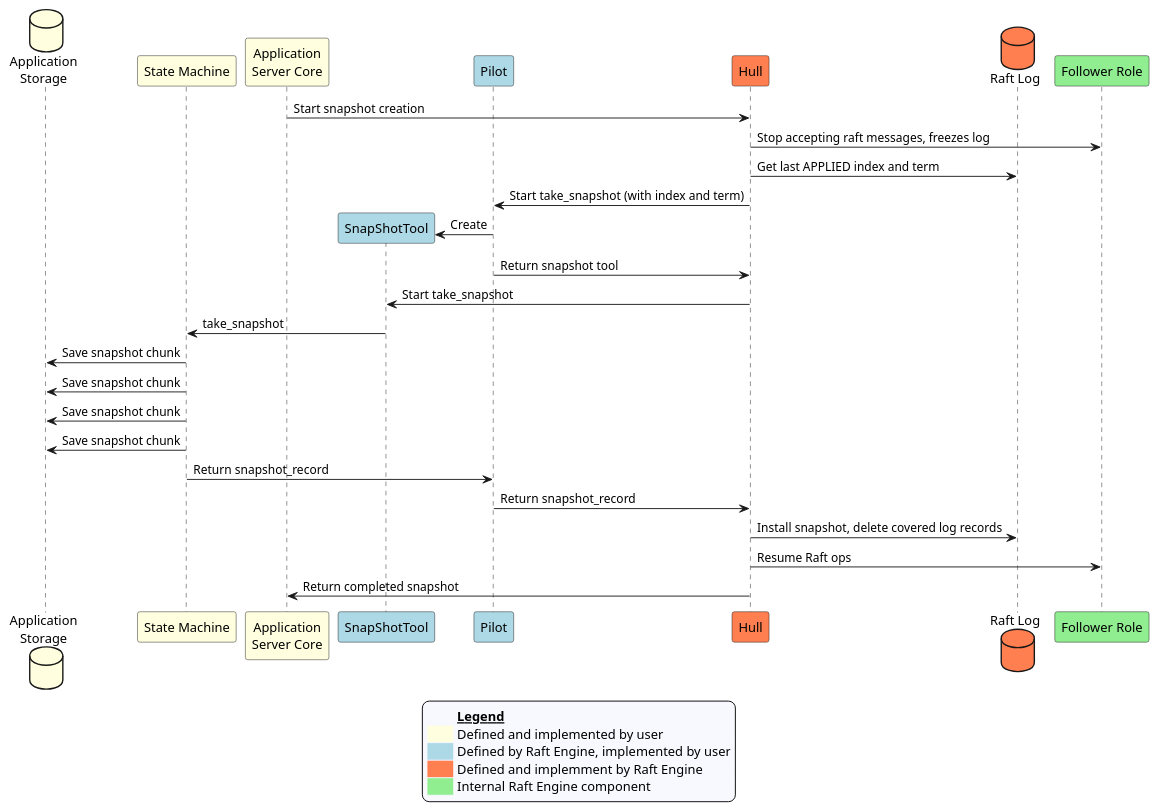
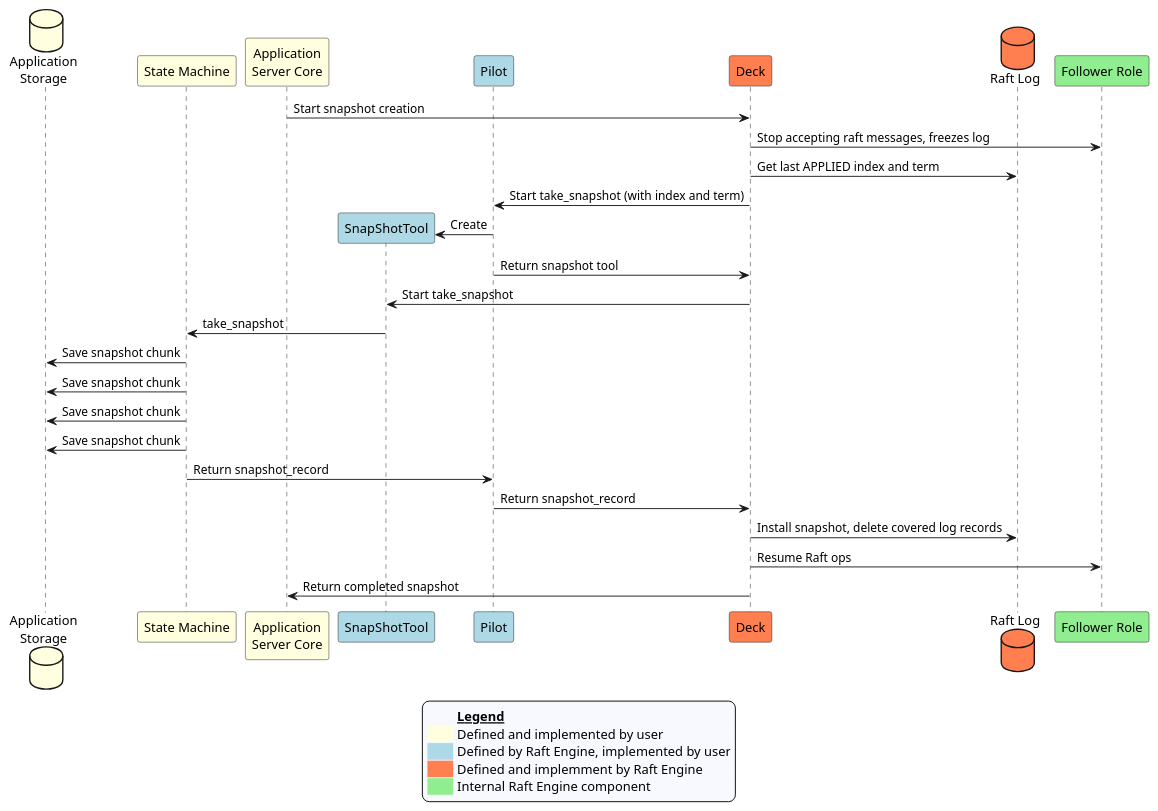
Before and after one commit to dlparker/raftengine: the diagram in docs/source/_static/diagrams/take_snapshot.puml, drawn with PlantUML. The commit also changed 43 other files, not shown here.

Commit message:
renamed HullAPI and all references to it to DeckAPI

```diff
--- a/docs/source/_static/diagrams/take_snapshot.puml
+++ b/docs/source/_static/diagrams/take_snapshot.puml
@@ -1,40 +1,40 @@
 @startuml
 skinparam legend {
   backgroundColor #GhostWhite
   entrySeparator #GhostWhite
 }
 
 participant "Application\nServer Core" as app_core order 30 #Lightyellow
 participant "State Machine" as app_state order 20 #Lightyellow 
 database "Application\nStorage" as app_db order 10 #Lightyellow
 participant Pilot as pilot order 40 #Lightblue
-participant Hull as hull order 50 #Coral
+participant Deck as deck order 50 #Coral
 database "Raft Log" as log order 60 #Coral
 participant "Follower Role" as role order 70 #Lightgreen
-app_core->hull: Start snapshot creation
-hull->role: Stop accepting raft messages, freezes log
-hull->log: Get last APPLIED index and term
-hull->pilot: Start take_snapshot (with index and term)
+app_core->deck: Start snapshot creation
+deck->role: Stop accepting raft messages, freezes log
+deck->log: Get last APPLIED index and term
+deck->pilot: Start take_snapshot (with index and term)
 create participant "SnapShotTool" as tool order 35 #Lightblue
 pilot->tool: Create 
-pilot->hull: Return snapshot tool
-hull->tool: Start take_snapshot
+pilot->deck: Return snapshot tool
+deck->tool: Start take_snapshot
 tool->app_state: take_snapshot
 app_state->app_db: Save snapshot chunk
 app_state->app_db: Save snapshot chunk
 app_state->app_db: Save snapshot chunk
 app_state->app_db: Save snapshot chunk
 app_state->pilot: Return snapshot_record
-pilot->hull: Return snapshot_record
-hull->log: Install snapshot, delete covered log records
-hull->role: Resume Raft ops
-hull->app_core: Return completed snapshot
+pilot->deck: Return snapshot_record
+deck->log: Install snapshot, delete covered log records
+deck->role: Resume Raft ops
+deck->app_core: Return completed snapshot
 
 legend 
   <#GhostWhite,#GhostWhite>|        |= __Legend__ |
   |<#Lightyellow>   | Defined and implemented by user|
   |<#Lightblue>  | Defined by Raft Engine, implemented by user|
   |<#Coral>  | Defined and implemment by Raft Engine|
   |<#Lightgreen> | Internal Raft Engine component|
 endlegend
 @enduml
```
